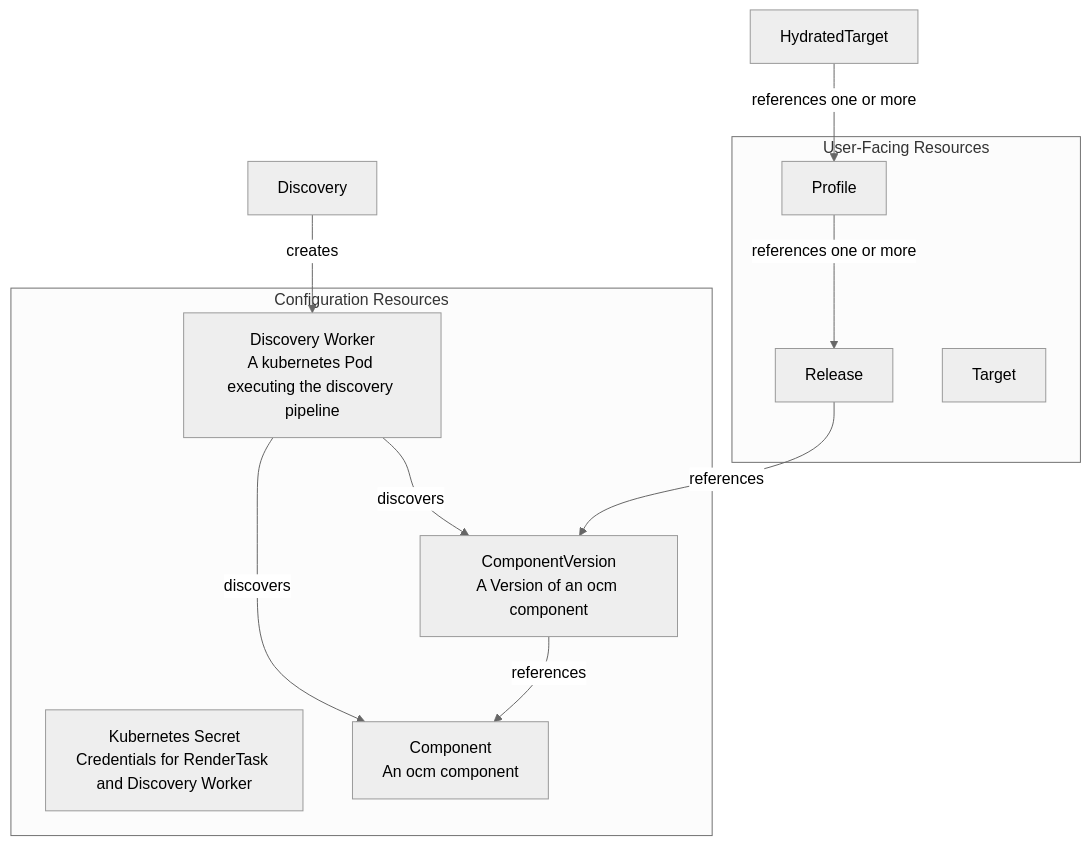
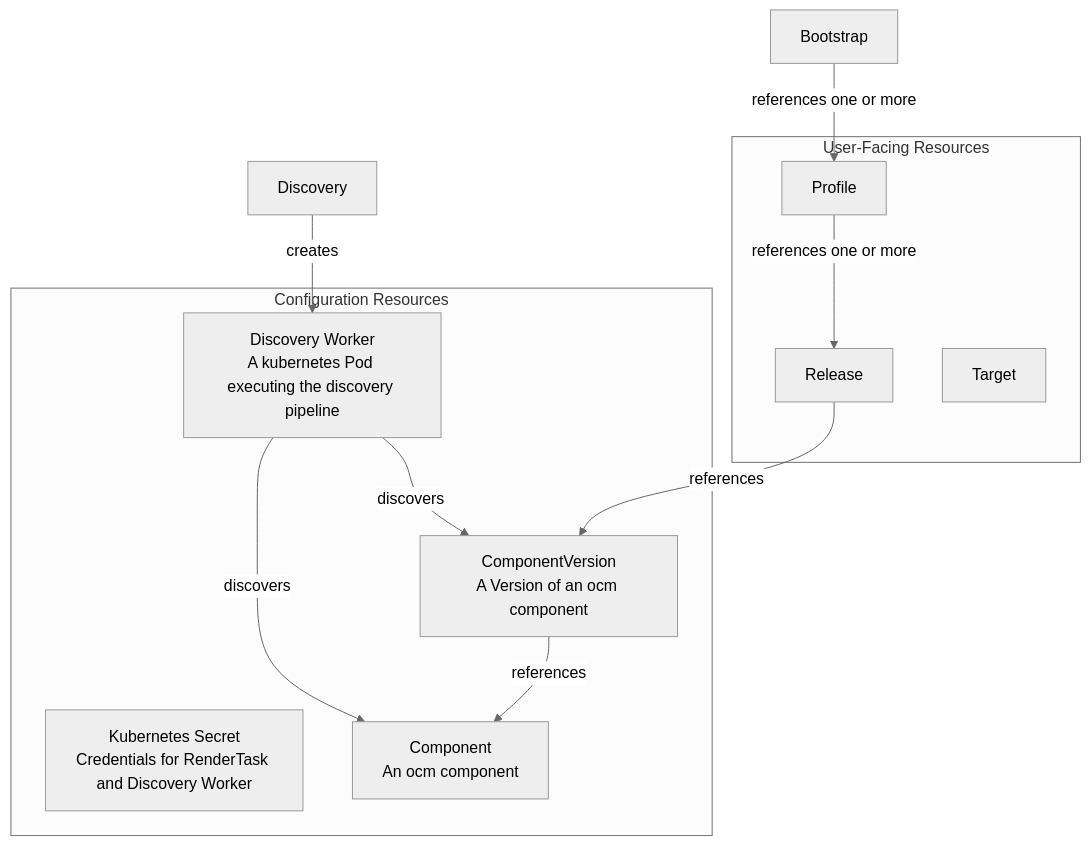
Before and after one commit to opendefensecloud/solution-arsenal: the second of 2 diagrams in docs/developer-guide/architecture.md, drawn with Mermaid (neutral theme). The commit also changed other lines of this file and 61 other files, not shown here.

First line of the commit message:
Rename HydratedTarget to Bootstrap

````diff
--- a/docs/developer-guide/architecture.md
+++ b/docs/developer-guide/architecture.md
@@ -58,28 +58,28 @@
 ```mermaid
 graph TB
     subgraph "User-Facing Resources"
         Release["Release"]
         Profile["Profile"]
         Target["Target"]
     end
 
     subgraph "Configuration Resources"
         Secret["Kubernetes Secret<br/>Credentials for RenderTask and Discovery Worker"]
         Component["Component<br/>An ocm component"]
         ComponentVersion["ComponentVersion<br/>A Version of an ocm component"]
         DiscoveryWorker["Discovery Worker<br/>A kubernetes Pod executing the discovery pipeline"]
     end
 
     Discovery --> |"creates"| DiscoveryWorker
 
     DiscoveryWorker --> |"discovers"| ComponentVersion
     DiscoveryWorker --> |"discovers"| Component
 
     ComponentVersion --> |"references"| Component
 
     Release -->|"references"| ComponentVersion
 
     Profile -->|"references one or more"| Release
 
-    HydratedTarget -->|"references one or more"| Profile
+    Bootstrap -->|"references one or more"| Profile
 ```
````
